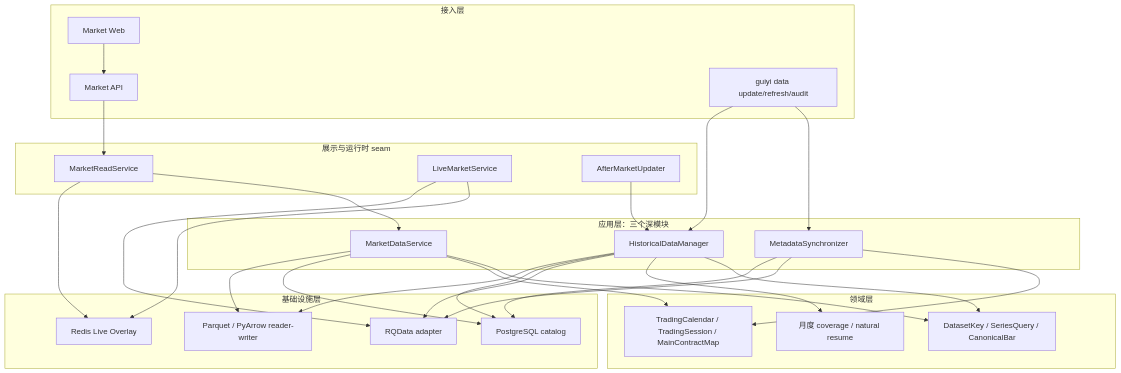
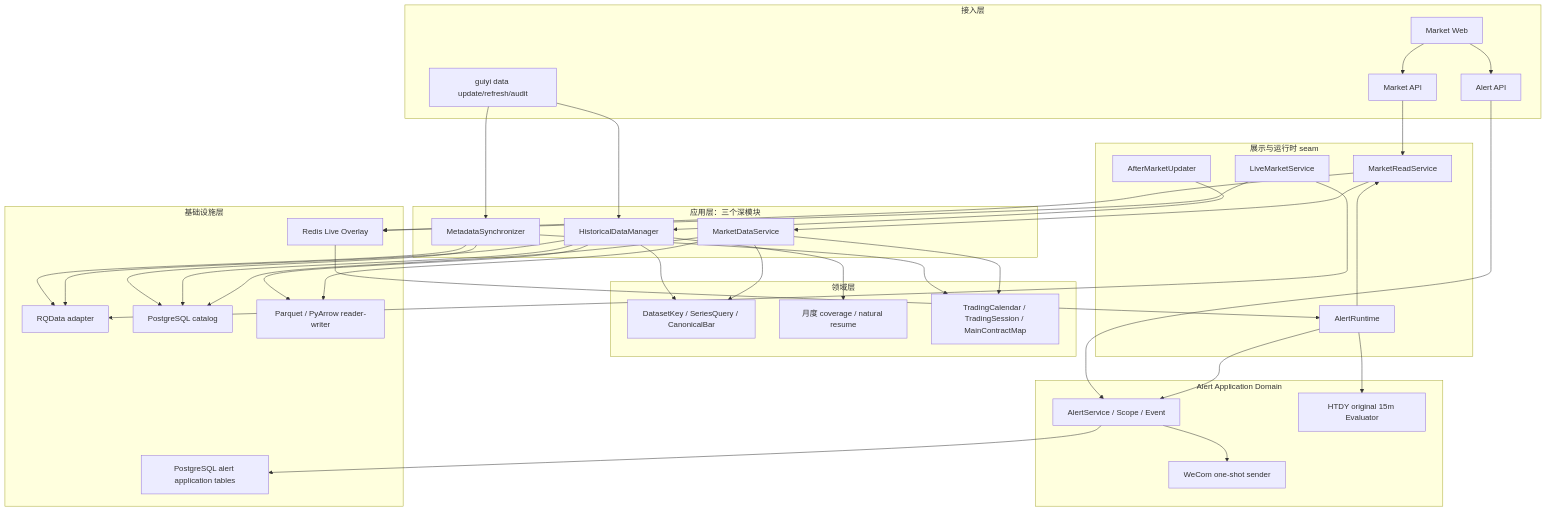
The first of 3 diagrams in docs/ARCHITECTURE.md (firehell/guiyi-quant-workstation), drawn with Mermaid before and after one commit. The commit also changed other lines of this file and 19 other files, not shown here.

````diff
--- a/docs/ARCHITECTURE.md
+++ b/docs/ARCHITECTURE.md
@@ -12,49 +13,64 @@
 ```mermaid
 flowchart TB
     subgraph Access["接入层"]
       WEB["Market Web"]
       API["Market API"]
       CLI["guiyi data update/refresh/audit"]
+      ALERTAPI["Alert API"]
     end
     subgraph Application["应用层：三个深模块"]
       MS["MetadataSynchronizer"]
       HM["HistoricalDataManager"]
       MQ["MarketDataService"]
     end
     subgraph Runtime["展示与运行时 seam"]
       MR["MarketReadService"]
       LM["LiveMarketService"]
       AM["AfterMarketUpdater"]
+      AR["AlertRuntime"]
+    end
+    subgraph AlertApp["Alert Application Domain"]
+      AS["AlertService / Scope / Event"]
+      AE["HTDY original 15m Evaluator"]
+      WC["WeCom one-shot sender"]
     end
     subgraph Domain["领域层"]
       DK["DatasetKey / SeriesQuery / CanonicalBar"]
       CP["月度 coverage / natural resume"]
       MM["TradingCalendar / TradingSession / MainContractMap"]
     end
     subgraph Infra["基础设施层"]
       RQ["RQData adapter"]
       PG["PostgreSQL catalog"]
+      APG["PostgreSQL alert application tables"]
       PQ["Parquet / PyArrow reader-writer"]
       RD["Redis Live Overlay"]
     end
     WEB --> API --> MR
+    WEB --> ALERTAPI --> AS
     MR --> MQ
     MR --> RD
     CLI --> MS
     CLI --> HM
     LM --> RD
+    RD --> AR
+    AR --> MR
+    AR --> AE
+    AR --> AS
+    AS --> APG
+    AS --> WC
     AM --> HM
     MS --> MM
     HM --> DK
     HM --> CP
     MQ --> DK
     MQ --> MM
     MS --> RQ
     MS --> PG
     HM --> RQ
     HM --> PG
     HM --> PQ
     MQ --> PG
     MQ --> PQ
     LM --> RQ
 ```
````
